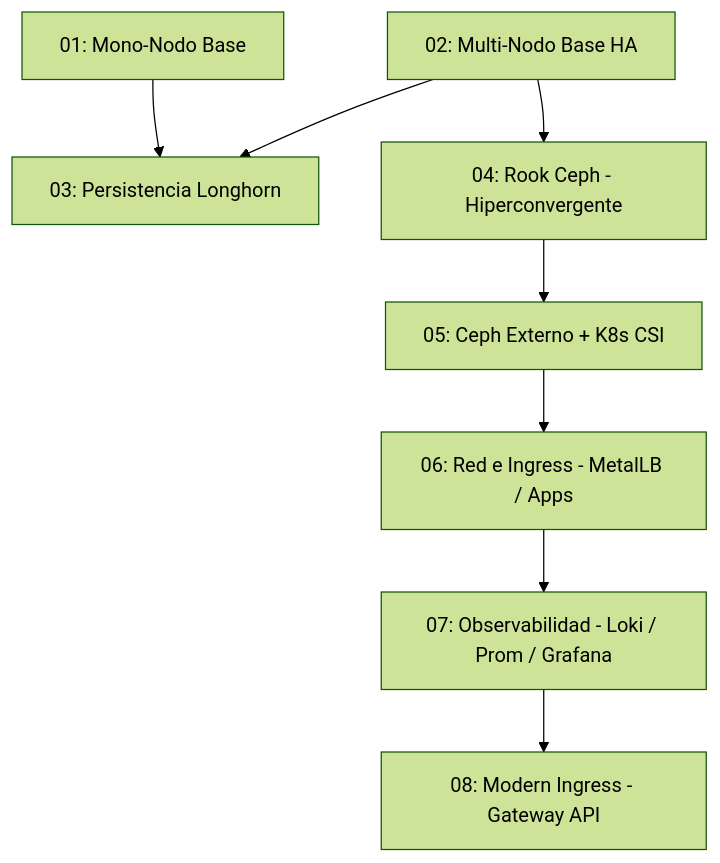
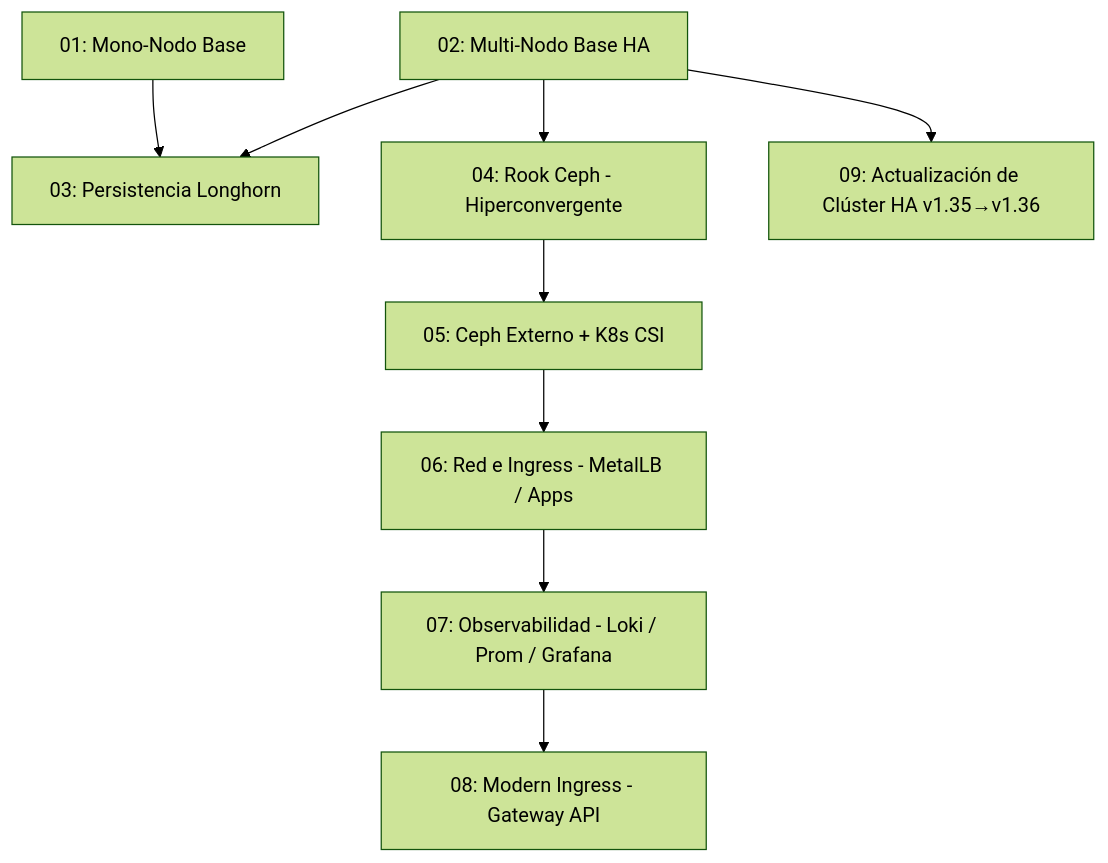
Before and after one commit to pepesan/ejemplos-kubernetes: the diagram in ansible/PLAN.md, drawn with Mermaid (forest theme). The commit also changed other lines of this file, not shown here.

First line of the commit message:
docs(ansible): añadir al roadmap la idea del lab 09 (actualización HA v1.35→v1.36)

````diff
--- a/ansible/PLAN.md
+++ b/ansible/PLAN.md
@@ -30,10 +31,11 @@
 ```mermaid
 graph TD
     01[01: Mono-Nodo Base] --> 03[03: Persistencia Longhorn]
     02[02: Multi-Nodo Base HA] --> 03
     02 --> 04[04: Rook Ceph - Hiperconvergente]
     04 --> 05[05: Ceph Externo + K8s CSI]
     05 --> 06[06: Red e Ingress - MetalLB / Apps]
     06 --> 07[07: Observabilidad - Loki / Prom / Grafana]
     07 --> 08[08: Modern Ingress - Gateway API]
+    02 --> 09[09: Actualización de Clúster HA v1.35→v1.36]
 ```
````
